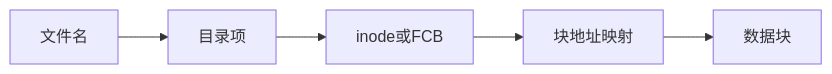
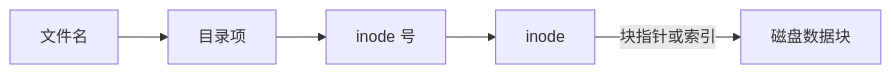
The first of 2 diagrams in 01_综合知识/01_计算机系统基础知识/02_操作系统/FCB与inode.md (74262195/system-architect-notes), drawn with Mermaid before and after one commit. The commit also changed other lines of this file, not shown here.

Commit message:
docs: 重写 FCB 与 inode 核心机制

````diff
--- a/01_综合知识/01_计算机系统基础知识/02_操作系统/FCB与inode.md
+++ b/01_综合知识/01_计算机系统基础知识/02_操作系统/FCB与inode.md
@@ -49,7 +96,7 @@
-~~~mermaid
+```mermaid
 flowchart LR
-    A[文件名] --> B[目录项]
-    B --> C[inode或FCB]
-    C --> D[块地址映射]
-    D --> E[数据块]
-~~~
+    A["文件名"] --> B["目录项"]
+    B --> C["inode 号"]
+    C --> D["inode"]
+    D -->|"块指针或索引"| E["磁盘数据块"]
+```
````
